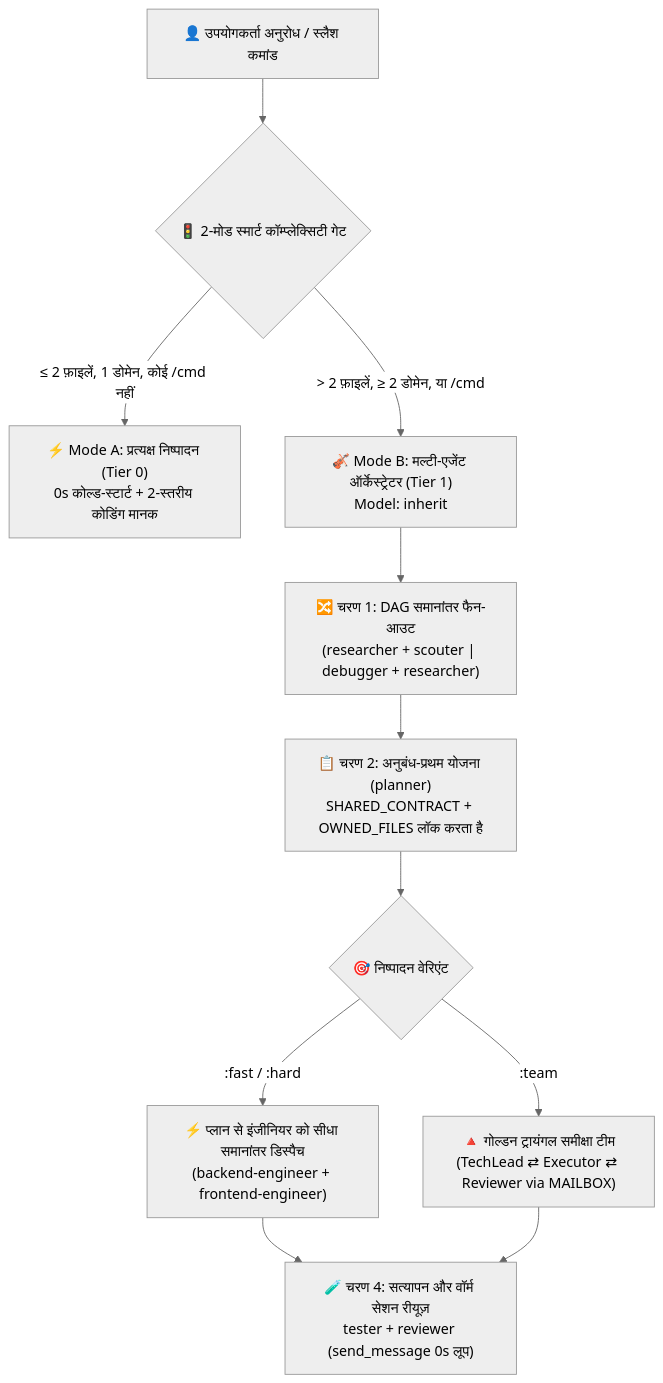
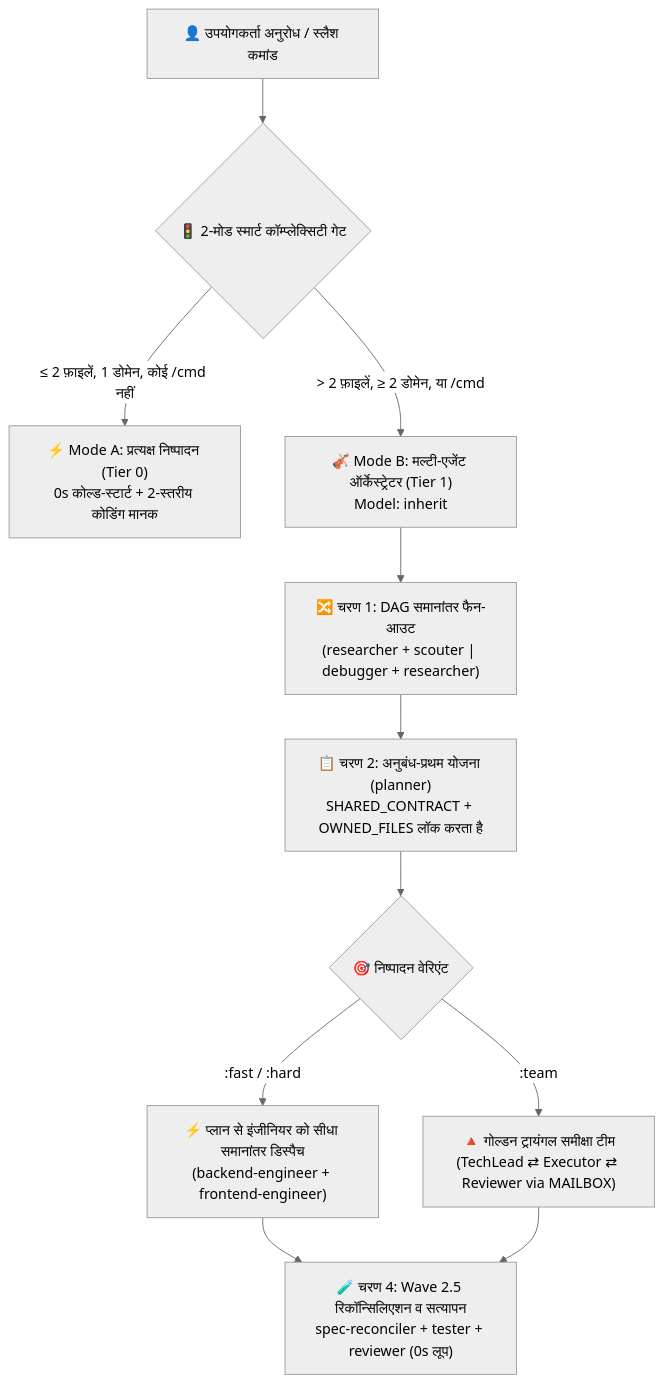
Before and after one commit to Kennyboom/BoomOpen-Workflow-Kit-Pro: the diagram in i18n/README.hi.md, drawn with Mermaid (neutral theme). The commit also changed other lines of this file and 17 other files, not shown here.

````diff
--- a/i18n/README.hi.md
+++ b/i18n/README.hi.md
@@ -49,16 +49,16 @@
 ```mermaid
 flowchart TD
     User["👤 उपयोगकर्ता अनुरोध / स्लैश कमांड"] --> Gate{"🚦 2-मोड स्मार्ट कॉम्प्लेक्सिटी गेट"}
     Gate -->|"≤ 2 फ़ाइलें, 1 डोमेन, कोई /cmd नहीं"| ModeA["⚡ Mode A: प्रत्यक्ष निष्पादन (Tier 0)<br/>0s कोल्ड-स्टार्ट + 2-स्तरीय कोडिंग मानक"]
     Gate -->|"> 2 फ़ाइलें, ≥ 2 डोमेन, या /cmd"| ModeB["🎻 Mode B: मल्टी-एजेंट ऑर्केस्ट्रेटर (Tier 1)<br/>Model: inherit"]
 
     ModeB --> FanOut["🔀 चरण 1: DAG समानांतर फैन-आउट<br/>(researcher + scouter | debugger + researcher)"]
     FanOut --> Plan["📋 चरण 2: अनुबंध-प्रथम योजना (planner)<br/>SHARED_CONTRACT + OWNED_FILES लॉक करता है"]
     Plan --> Dispatch{"🎯 निष्पादन वेरिएंट"}
 
     Dispatch -->|":fast / :hard"| Direct["⚡ प्लान से इंजीनियर को सीधा समानांतर डिस्पैच<br/>(backend-engineer + frontend-engineer)"]
     Dispatch -->|":team"| Triangle["🔺 गोल्डन ट्रायंगल समीक्षा टीम<br/>(TechLead ⇄ Executor ⇄ Reviewer via MAILBOX)"]
 
-    Direct --> Verify["🧪 चरण 4: सत्यापन और वॉर्म सेशन रीयूज़<br/>tester + reviewer (send_message 0s लूप)"]
+    Direct --> Verify["🧪 चरण 4: Wave 2.5 रिकॉन्सिलिएशन व सत्यापन<br/>spec-reconciler + tester + reviewer (0s लूप)"]
     Triangle --> Verify
 ```
````
